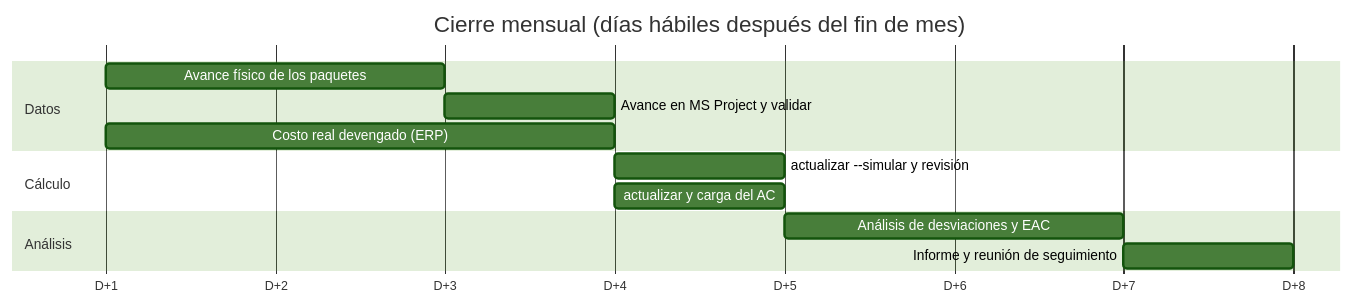
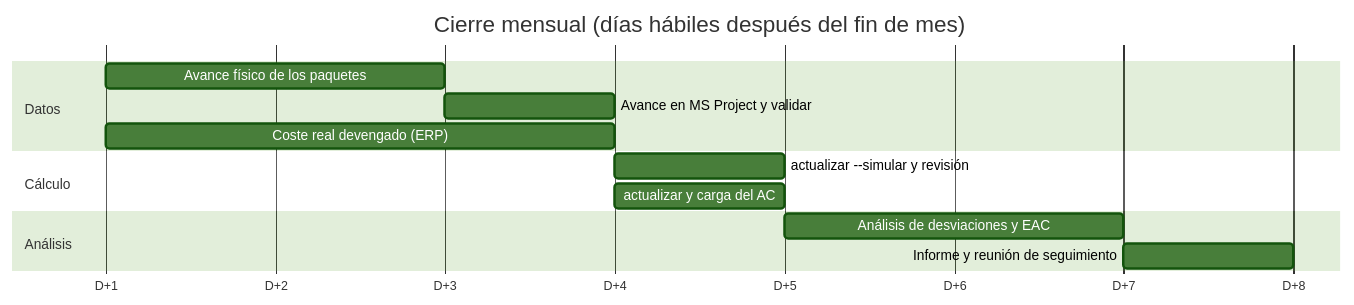
Before and after one commit to MarceloSalazar/evm-automation: the third of 4 diagrams in docs/proceso-reporte-evm.md, drawn with Mermaid (forest theme). The commit also changed other lines of this file and 76 other files, not shown here.

````diff
--- a/docs/proceso-reporte-evm.md
+++ b/docs/proceso-reporte-evm.md
@@ -133,17 +133,17 @@
 ```mermaid
 gantt
     title Cierre mensual (días hábiles después del fin de mes)
     dateFormat  YYYY-MM-DD
     axisFormat  D+%-d
     tickInterval 1day
     section Datos
     Avance físico de los paquetes         :a1, 2026-02-01, 2d
     Avance en MS Project y validar        :a2, after a1, 1d
-    Costo real devengado (ERP)            :a3, 2026-02-01, 3d
+    Coste real devengado (ERP)            :a3, 2026-02-01, 3d
     section Cálculo
     actualizar --simular y revisión       :b1, after a2, 1d
     actualizar y carga del AC             :b2, after a3, 1d
     section Análisis
     Análisis de desviaciones y EAC        :c1, after b2, 2d
     Informe y reunión de seguimiento      :c2, after c1, 1d
 ```
````
